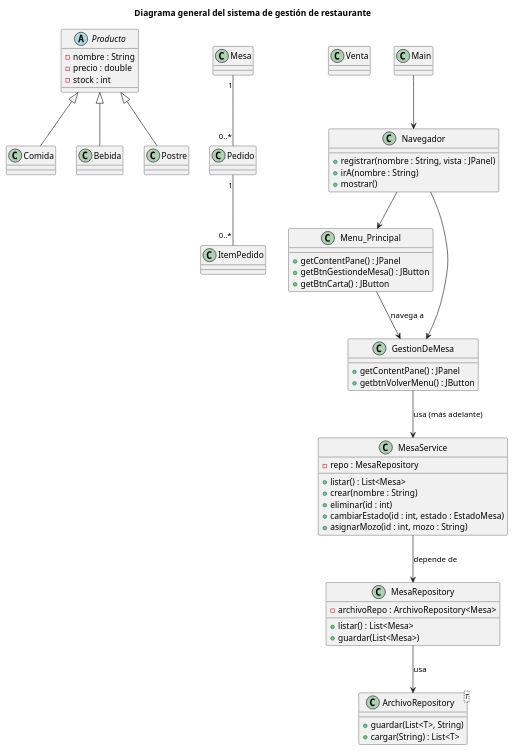
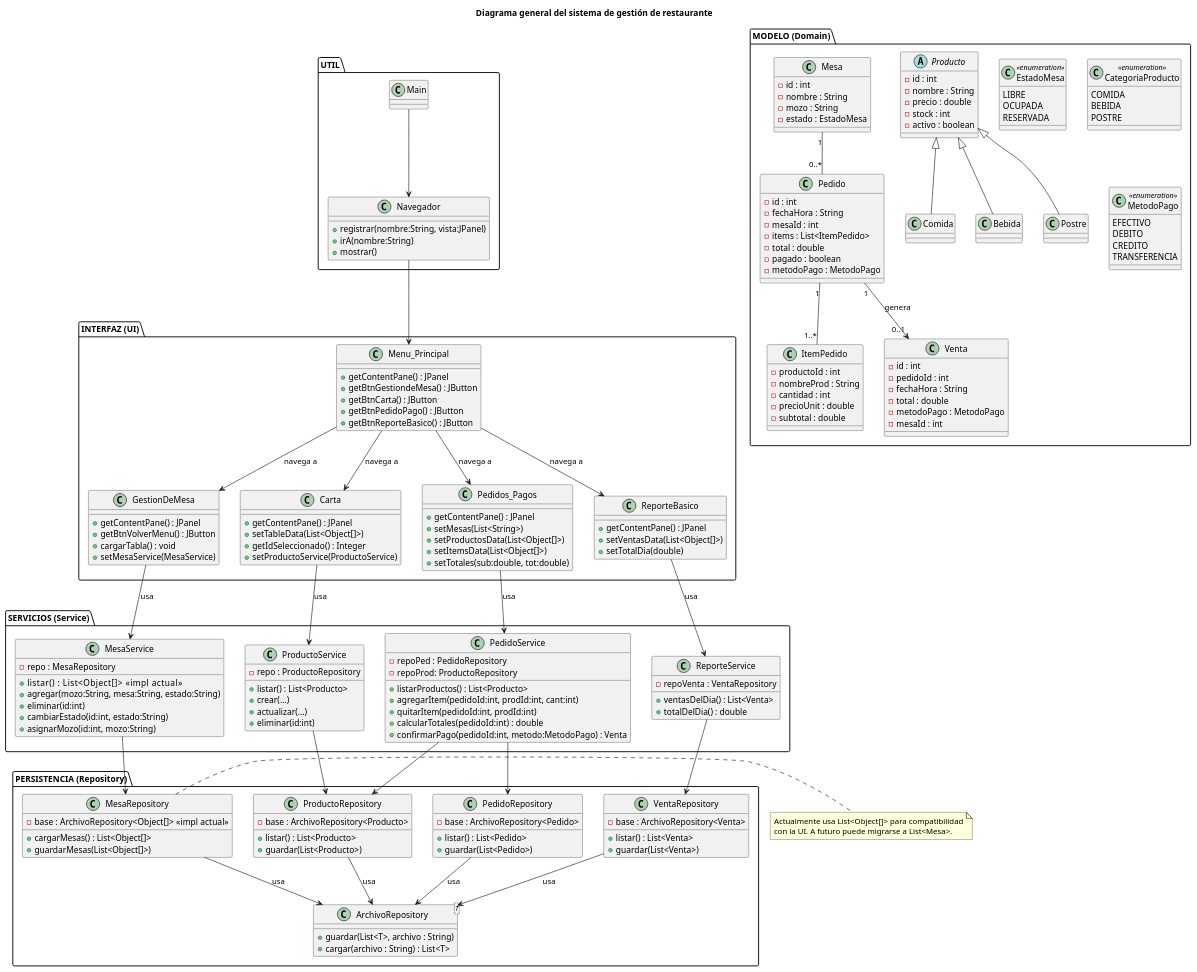
Before and after one commit to BeaverBelly/Programas-en-java: the diagram in ProjectoFinal/src/uml/ProjectoFinalUML.puml, drawn with PlantUML. The commit also changed 12 other files, not shown here.

```diff
--- a/ProjectoFinal/src/uml/ProjectoFinalUML.puml
+++ b/ProjectoFinal/src/uml/ProjectoFinalUML.puml
@@ -1,85 +1,221 @@
 @startuml
 title Diagrama general del sistema de gestión de restaurante
 
-'======================
-' MODELO DE DOMINIO
-'======================
+package "MODELO (Domain)" {
+
+class EstadoMesa <<enumeration>> {
+  LIBRE
+  OCUPADA
+  RESERVADA
+}
+
+class CategoriaProducto <<enumeration>> {
+  COMIDA
+  BEBIDA
+  POSTRE
+}
+
+class MetodoPago <<enumeration>> {
+  EFECTIVO
+  DEBITO
+  CREDITO
+  TRANSFERENCIA
+}
+
 abstract class Producto {
-  - nombre : String
-  - precio : double
-  - stock : int
+    - id : int
+    - nombre : String
+    - precio : double
+    - stock : int
+    - activo : boolean
 }
+
 class Comida
 class Bebida
 class Postre
-class Mesa
-class Pedido
-class ItemPedido
-class Venta
 
-Producto <|-- Comida
-Producto <|-- Bebida
-Producto <|-- Postre
-Mesa "1" -- "0..*" Pedido
-Pedido "1" -- "0..*" ItemPedido
+class Mesa {
+    - id : int
+    - nombre : String
+    - mozo : String
+    - estado : EstadoMesa
+  }
 
-'======================
-' CAPA DE PERSISTENCIA
-'======================
-class "ArchivoRepository<T>" as ArchivoRepository {
-  + guardar(List<T>, String)
-  + cargar(String) : List<T>
-}
-class MesaRepository {
-  - archivoRepo : ArchivoRepository<Mesa>
-  + listar() : List<Mesa>
-  + guardar(List<Mesa>)
+class Pedido {
+    - id : int
+    - fechaHora : String
+    - mesaId : int
+    - items : List<ItemPedido>
+    - total : double
+    - pagado : boolean
+    - metodoPago : MetodoPago
+  }
+
+  class ItemPedido {
+    - productoId : int
+    - nombreProd : String
+    - cantidad : int
+    - precioUnit : double
+    - subtotal : double
+  }
+
+  class Venta {
+    - id : int
+    - pedidoId : int
+    - fechaHora : String
+    - total : double
+    - metodoPago : MetodoPago
+    - mesaId : int
+  }
+
+  Producto <|-- Comida
+  Producto <|-- Bebida
+  Producto <|-- Postre
+
+  Mesa "1" -- "0..*" Pedido
+  Pedido "1" -- "1..*" ItemPedido
+  Pedido "1" --> "0..1" Venta : genera
 }
 
+package "PERSISTENCIA (Repository)" {
+class "ArchivoRepository<T>" as ArchivoRepository {
+    + guardar(List<T>, archivo : String)
+    + cargar(archivo : String) : List<T>
+  }
+
+class MesaRepository {
+    - base : ArchivoRepository<Object[]>  <<impl actual>>
+    + cargarMesas() : List<Object[]>
+    + guardarMesas(List<Object[]>)
+  }
+
+class ProductoRepository {
+    - base : ArchivoRepository<Producto>
+    + listar() : List<Producto>
+    + guardar(List<Producto>)
+  }
+
+class PedidoRepository {
+    - base : ArchivoRepository<Pedido>
+    + listar() : List<Pedido>
+    + guardar(List<Pedido>)
+  }
+
+class VentaRepository {
+    - base : ArchivoRepository<Venta>
+    + listar() : List<Venta>
+    + guardar(List<Venta>)
+  }
+
 MesaRepository --> ArchivoRepository : usa
-
-'======================
-' CAPA DE SERVICIOS
-'======================
-class MesaService {
-  - repo : MesaRepository
-  + listar() : List<Mesa>
-  + crear(nombre : String)
-  + eliminar(id : int)
-  + cambiarEstado(id : int, estado : EstadoMesa)
-  + asignarMozo(id : int, mozo : String)
+ProductoRepository --> ArchivoRepository : usa
+PedidoRepository --> ArchivoRepository : usa
+VentaRepository  --> ArchivoRepository : usa
 }
 
-MesaService --> MesaRepository : depende de
+package "SERVICIOS (Service)" {
+class MesaService {
+    - repo : MesaRepository
+    + listar() : List<Object[]>        <<impl actual>>
+    + agregar(mozo:String, mesa:String, estado:String)
+    + eliminar(id:int)
+    + cambiarEstado(id:int, estado:String)
+    + asignarMozo(id:int, mozo:String)
+  }
 
-'======================
-' CAPA DE INTERFAZ (UI)
-'======================
+class ProductoService {
+    - repo : ProductoRepository
+    + listar() : List<Producto>
+    + crear(...)
+    + actualizar(...)
+    + eliminar(id:int)
+  }
+
+class PedidoService {
+    - repoPed : PedidoRepository
+    - repoProd: ProductoRepository
+    + listarProductos() : List<Producto>
+    + agregarItem(pedidoId:int, prodId:int, cant:int)
+    + quitarItem(pedidoId:int, prodId:int)
+    + calcularTotales(pedidoId:int) : double
+    + confirmarPago(pedidoId:int, metodo:MetodoPago) : Venta
+  }
+
+class ReporteService {
+    - repoVenta : VentaRepository
+    + ventasDelDia() : List<Venta>
+    + totalDelDia() : double
+  }
+
+MesaService --> MesaRepository
+ProductoService --> ProductoRepository
+PedidoService --> PedidoRepository
+PedidoService --> ProductoRepository
+ReporteService --> VentaRepository
+}
+
+package "INTERFAZ (UI)" {
 class Menu_Principal {
-  + getContentPane() : JPanel
-  + getBtnGestiondeMesa() : JButton
-  + getBtnCarta() : JButton
-}
+    + getContentPane() : JPanel
+    + getBtnGestiondeMesa() : JButton
+    + getBtnCarta() : JButton
+    + getBtnPedidoPago() : JButton
+    + getBtnReporteBasico() : JButton
+  }
+
 class GestionDeMesa {
-  + getContentPane() : JPanel
-  + getbtnVolverMenu() : JButton
+    + getContentPane() : JPanel
+    + getBtnVolverMenu() : JButton
+    + cargarTabla() : void
+    + setMesaService(MesaService)
+  }
+
+class Carta {
+    + getContentPane() : JPanel
+    + setTableData(List<Object[]>)
+    + getIdSeleccionado() : Integer
+    + setProductoService(ProductoService)
+  }
+
+class Pedidos_Pagos {
+    + getContentPane() : JPanel
+    + setMesas(List<String>)
+    + setProductosData(List<Object[]>)
+    + setItemsData(List<Object[]>)
+    + setTotales(sub:double, tot:double)
+  }
+
+class ReporteBasico {
+    + getContentPane() : JPanel
+    + setVentasData(List<Object[]>)
+    + setTotalDia(double)
 }
 
 Menu_Principal --> GestionDeMesa : navega a
+Menu_Principal --> Carta : navega a
+Menu_Principal --> Pedidos_Pagos : navega a
+Menu_Principal --> ReporteBasico : navega a
 
-'======================
-' UTILITARIO Y MAIN
-'======================
+GestionDeMesa --> MesaService : usa
+Carta --> ProductoService : usa
+Pedidos_Pagos --> PedidoService : usa
+ReporteBasico --> ReporteService : usa
+}
+
+package "UTIL" {
 class Navegador {
-  + registrar(nombre : String, vista : JPanel)
-  + irA(nombre : String)
-  + mostrar()
+    + registrar(nombre:String, vista:JPanel)
+    + irA(nombre:String)
+    + mostrar()
 }
 class Main
+  Main --> Navegador
+  Navegador --> Menu_Principal
+}
 
-Main --> Navegador
-Navegador --> Menu_Principal
-Navegador --> GestionDeMesa
-GestionDeMesa --> MesaService : usa (más adelante)
+note right of MesaRepository
+Actualmente usa List<Object[]> para compatibilidad
+con la UI. A futuro puede migrarse a List<Mesa>.
+end note
 
 @enduml
```
